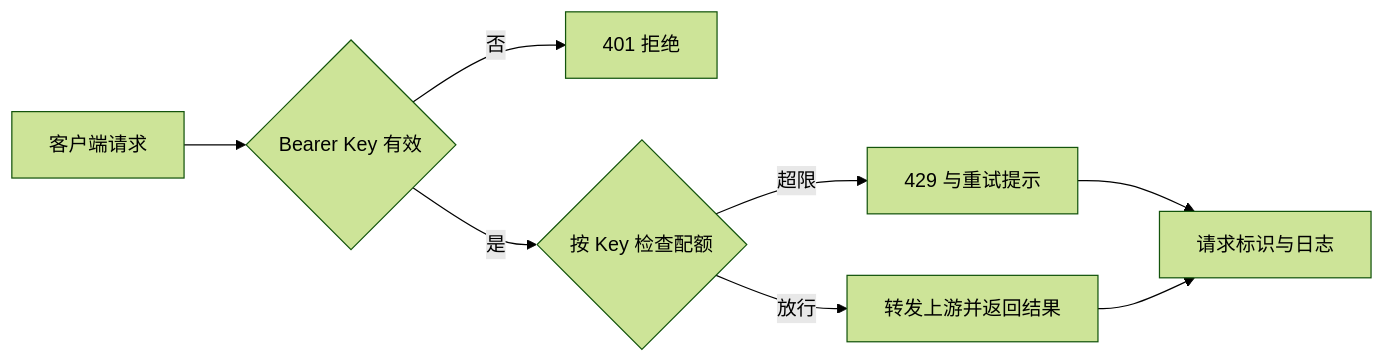
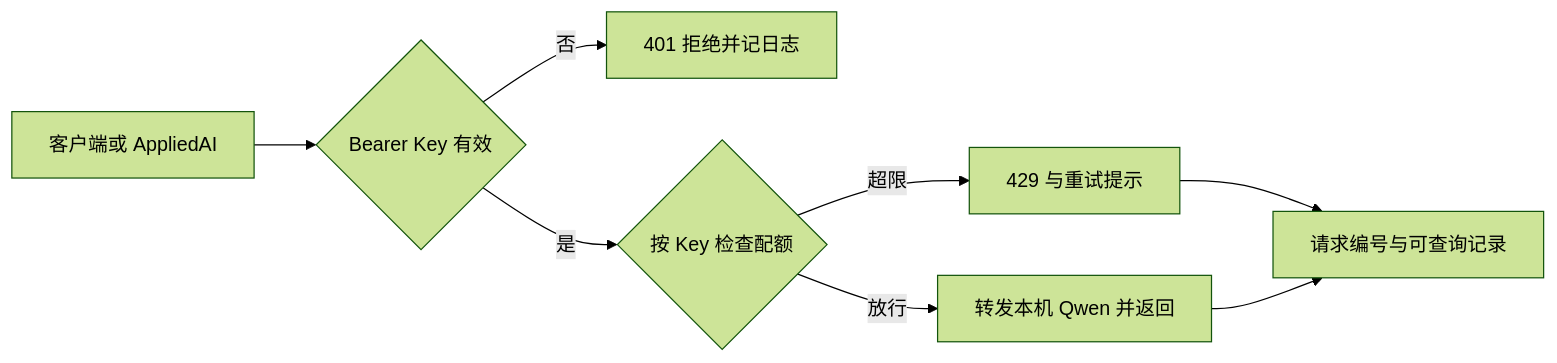
The diagram in cases/servetrace.md (suiyisuixing/ai-product-portfolio), drawn with Mermaid (forest theme) before and after one commit. The commit also changed other lines of this file and 16 other files, not shown here.

````diff
--- a/cases/servetrace.md
+++ b/cases/servetrace.md
@@ -28,10 +31,10 @@
 ```mermaid
 flowchart LR
-    A[客户端请求] --> B{Bearer Key 有效}
-    B -->|否| C[401 拒绝]
+    A[客户端或 AppliedAI] --> B{Bearer Key 有效}
+    B -->|否| C[401 拒绝并记日志]
     B -->|是| D{按 Key 检查配额}
     D -->|超限| E[429 与重试提示]
-    D -->|放行| F[转发上游并返回结果]
-    E --> G[请求标识与日志]
+    D -->|放行| F[转发本机 Qwen 并返回]
+    E --> G[请求编号与可查询记录]
     F --> G
 ```
````
